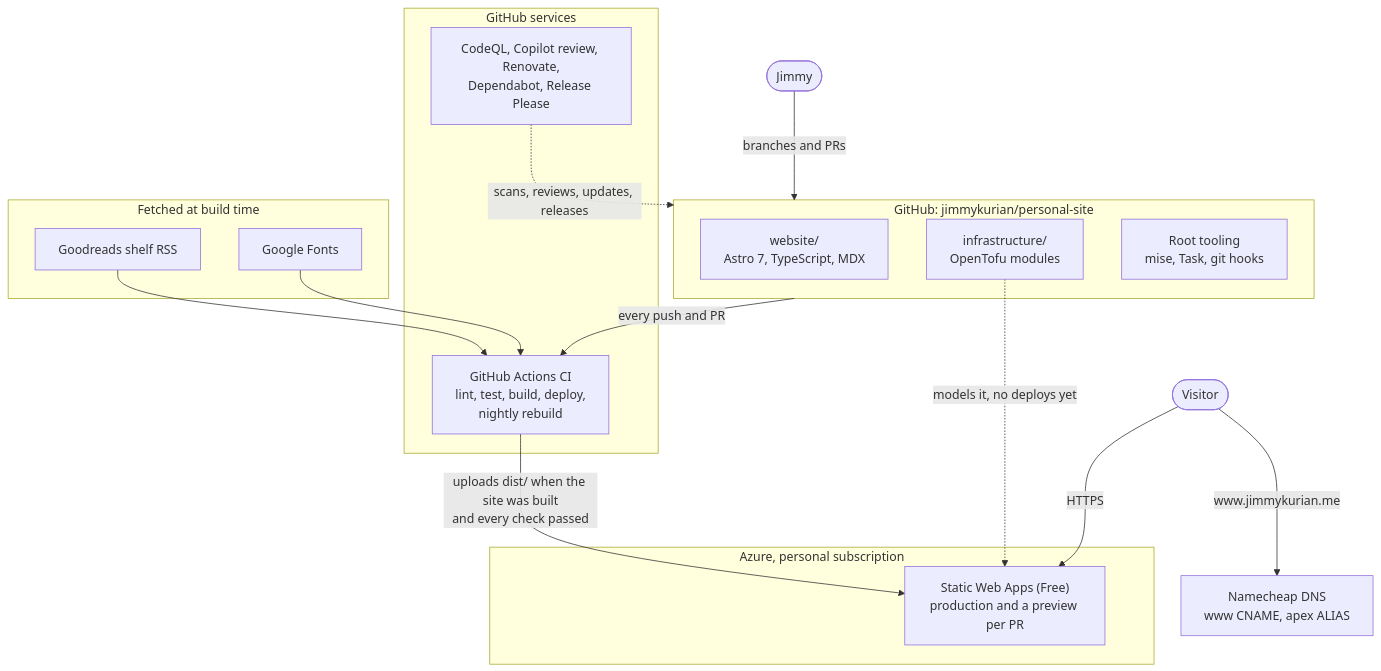
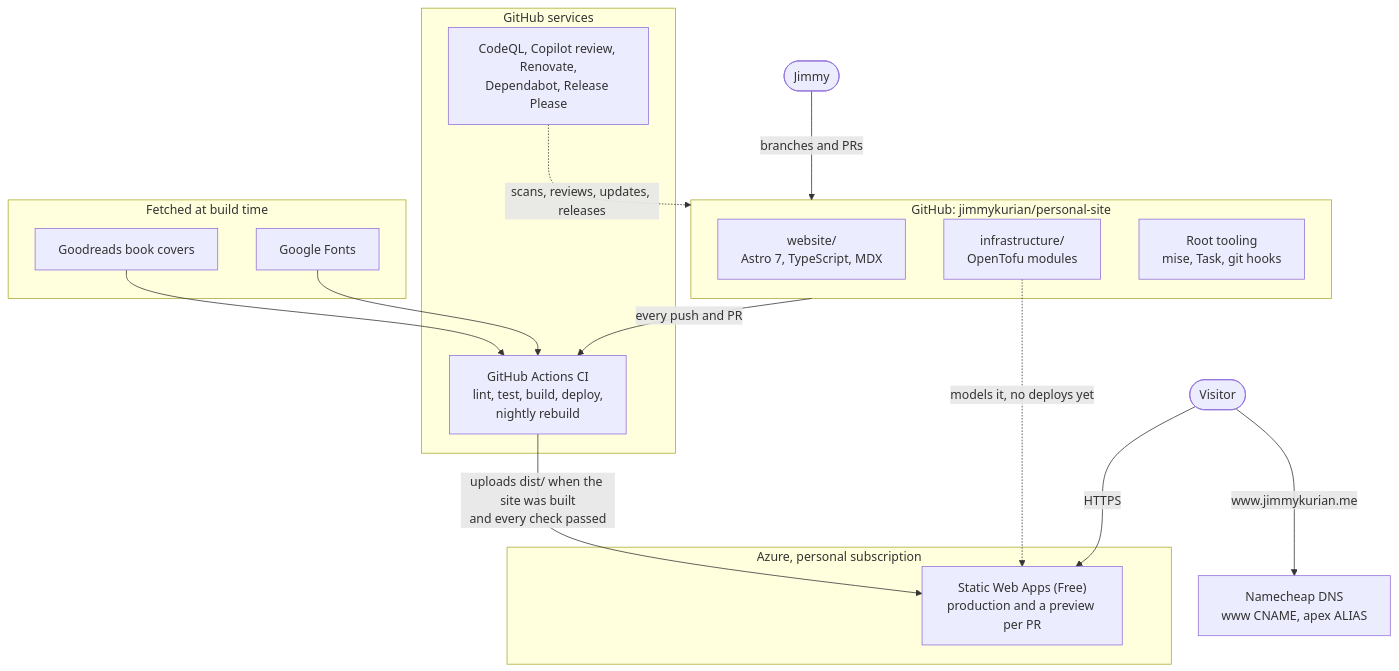
The diagram in README.md (jimmykurian/personal-site), drawn with Mermaid before and after one commit. The commit also changed other lines of this file and 23 other files, not shown here.

First line of the commit message:
fix(reading): read the Goodreads shelf widgets, which replace the retired RSS feeds (#55)

````diff
--- a/README.md
+++ b/README.md
@@ -103,36 +103,36 @@
 ```mermaid
 flowchart TB
     jimmy(["Jimmy"])
     visitor(["Visitor"])
 
     subgraph repo["GitHub: jimmykurian/personal-site"]
         website["website/<br/>Astro 7, TypeScript, MDX"]
         infra["infrastructure/<br/>OpenTofu modules"]
         tooling["Root tooling<br/>mise, Task, git hooks"]
     end
 
     subgraph github["GitHub services"]
         ci["GitHub Actions CI<br/>lint, test, build, deploy,<br/>nightly rebuild"]
         bots["CodeQL, Copilot review, Renovate,<br/>Dependabot, Release Please"]
     end
 
     subgraph inputs["Fetched at build time"]
-        goodreads["Goodreads shelf RSS"]
+        goodreads["Goodreads book covers"]
         fonts["Google Fonts"]
     end
 
     subgraph azure["Azure, personal subscription"]
         swa["Static Web Apps (Free)<br/>production and a preview per PR"]
     end
 
     dns["Namecheap DNS<br/>www CNAME, apex ALIAS"]
 
     jimmy -- "branches and PRs" --> repo
     repo -- "every push and PR" --> ci
     bots -. "scans, reviews, updates, releases" .-> repo
     goodreads & fonts --> ci
     ci -- "uploads dist/ when the site was built<br/>and every check passed" --> swa
     infra -. "models it, no deploys yet" .-> swa
     visitor -- "www.jimmykurian.me" --> dns
     visitor -- "HTTPS" --> swa
 ```
````
